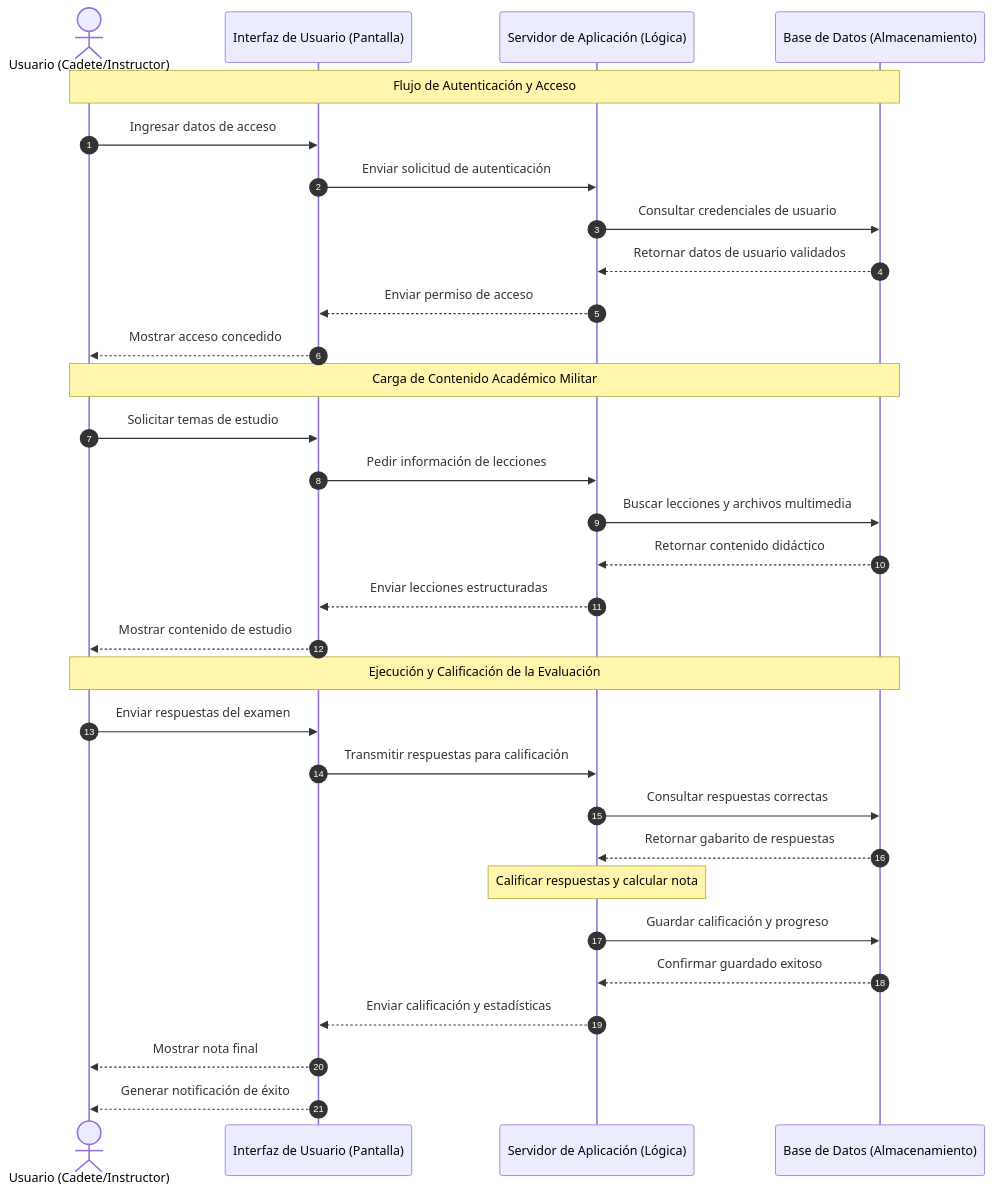
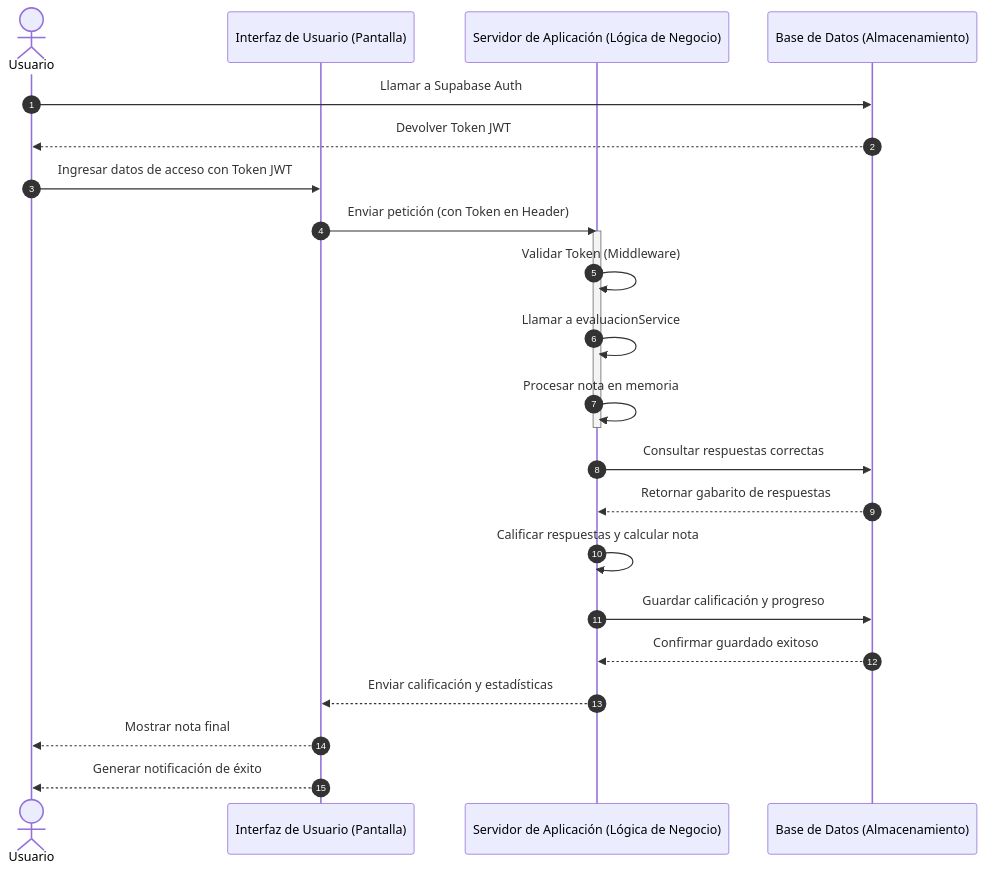
Before and after one commit to klisarck/app-de-capacitaci-n-integral-: the sixth of 6 diagrams in README.md, drawn with Mermaid. The commit also changed other lines of this file, not shown here.

````diff
--- a/README.md
+++ b/README.md
@@ -272,37 +276,31 @@
 ```mermaid
 sequenceDiagram
     autonumber
-    actor U as Usuario (Cadete/Instructor)
+    actor Usuario
     participant UI as Interfaz de Usuario (Pantalla)
-    participant LN as Servidor de Aplicación (Lógica)
+    participant LN as Servidor de Aplicación (Lógica de Negocio)
     participant BD as Base de Datos (Almacenamiento)
 
-    Note over U, BD: Flujo de Autenticación y Acceso
-    U->>UI: Ingresar datos de acceso
-    UI->>LN: Enviar solicitud de autenticación
-    LN->>BD: Consultar credenciales de usuario
-    BD-->>LN: Retornar datos de usuario validados
-    LN-->>UI: Enviar permiso de acceso
-    UI-->>U: Mostrar acceso concedido
+    Usuario->>BD: Llamar a Supabase Auth
+    BD-->>Usuario: Devolver Token JWT
 
-    Note over U, BD: Carga de Contenido Académico Militar
-    U->>UI: Solicitar temas de estudio
-    UI->>LN: Pedir información de lecciones
-    LN->>BD: Buscar lecciones y archivos multimedia
-    BD-->>LN: Retornar contenido didáctico
-    LN-->>UI: Enviar lecciones estructuradas
-    UI-->>U: Mostrar contenido de estudio
+    Usuario->>UI: Ingresar datos de acceso con Token JWT
+    UI->>LN: Enviar petición (con Token en Header)
+    
+    activate LN
+    LN->>LN: Validar Token (Middleware)
+    LN->>LN: Llamar a evaluacionService
+    LN->>LN: Procesar nota en memoria
+    deactivate LN
 
-    Note over U, BD: Ejecución y Calificación de la Evaluación
-    U->>UI: Enviar respuestas del examen
-    UI->>LN: Transmitir respuestas para calificación
     LN->>BD: Consultar respuestas correctas
     BD-->>LN: Retornar gabarito de respuestas
-    Note over LN: Calificar respuestas y calcular nota
+    
+    LN->>LN: Calificar respuestas y calcular nota
+
     LN->>BD: Guardar calificación y progreso
     BD-->>LN: Confirmar guardado exitoso
     LN-->>UI: Enviar calificación y estadísticas
-    UI-->>U: Mostrar nota final
-    UI-->>U: Generar notificación de éxito
-
+    UI-->>Usuario: Mostrar nota final
+    UI-->>Usuario: Generar notificación de éxito
 ```
````
